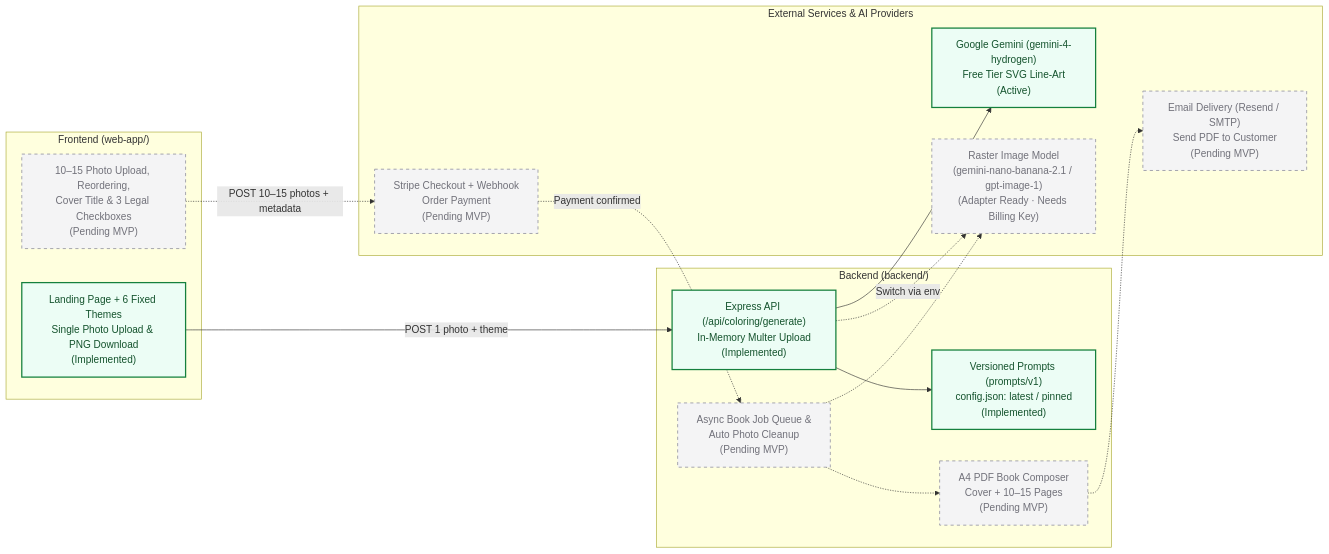
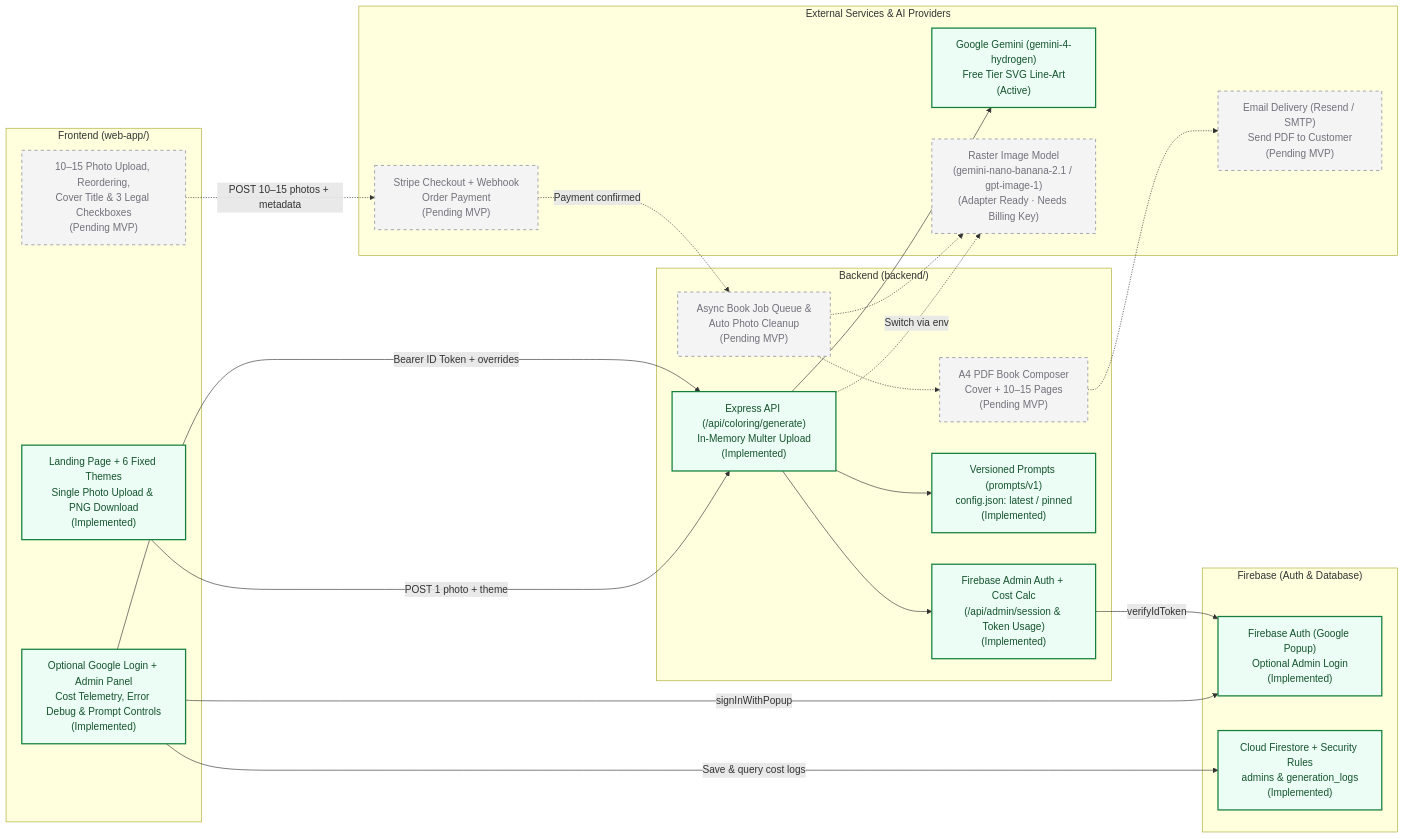
The diagram in README.md (MarcoFierimonte/ColoraStoriaAI), drawn with Mermaid before and after one commit. The commit also changed other lines of this file, not shown here.

Commit message:
feat: add admin dashboard and backend security
- Integrate Firebase Admin for authentication
- Add token cost calculation and monitoring
- Implement admin panel for telemetry and prompt control

````diff
--- a/README.md
+++ b/README.md
@@ -30,34 +33,48 @@
 ```mermaid
 flowchart LR
   subgraph Client["Frontend (web-app/)"]
     UI["Landing Page + 6 Fixed Themes<br/>Single Photo Upload & PNG Download<br/>(Implemented)"]:::done
+    AdminUI["Optional Google Login + Admin Panel<br/>Cost Telemetry, Error Debug & Prompt Controls<br/>(Implemented)"]:::done
     MultiUI["10–15 Photo Upload, Reordering,<br/>Cover Title & 3 Legal Checkboxes<br/>(Pending MVP)"]:::pending
+  end
+
+  subgraph Firebase["Firebase (Auth & Database)"]
+    FirebaseAuth["Firebase Auth (Google Popup)<br/>Optional Admin Login<br/>(Implemented)"]:::done
+    Firestore["Cloud Firestore + Security Rules<br/>admins & generation_logs<br/>(Implemented)"]:::done
   end
 
   subgraph Server["Backend (backend/)"]
     API["Express API (/api/coloring/generate)<br/>In-Memory Multer Upload<br/>(Implemented)"]:::done
+    AdminAuth["Firebase Admin Auth + Cost Calc<br/>(/api/admin/session & Token Usage)<br/>(Implemented)"]:::done
     Prompts["Versioned Prompts (prompts/v1)<br/>config.json: latest / pinned<br/>(Implemented)"]:::done
     JobQueue["Async Book Job Queue &<br/>Auto Photo Cleanup<br/>(Pending MVP)"]:::pending
     PDF["A4 PDF Book Composer<br/>Cover + 10–15 Pages<br/>(Pending MVP)"]:::pending
   end
 
   subgraph External["External Services & AI Providers"]
     GeminiFree["Google Gemini (gemini-4-hydrogen)<br/>Free Tier SVG Line-Art<br/>(Active)"]:::done
     RasterAI["Raster Image Model<br/>(gemini-nano-banana-2.1 / gpt-image-1)<br/>(Adapter Ready · Needs Billing Key)"]:::pending
     Stripe["Stripe Checkout + Webhook<br/>Order Payment<br/>(Pending MVP)"]:::pending
     Email["Email Delivery (Resend / SMTP)<br/>Send PDF to Customer<br/>(Pending MVP)"]:::pending
   end
 
   UI -->|"POST 1 photo + theme"| API
+  AdminUI -->|"signInWithPopup"| FirebaseAuth
+  AdminUI -->|"Bearer ID Token + overrides"| API
+  AdminUI -->|"Save & query cost logs"| Firestore
   MultiUI -.->|"POST 10–15 photos + metadata"| Stripe
+
+  API --> AdminAuth
+  AdminAuth -->|"verifyIdToken"| FirebaseAuth
   API --> Prompts
   API --> GeminiFree
   API -.->|"Switch via env"| RasterAI
+
   Stripe -.->|"Payment confirmed"| JobQueue
   JobQueue -.-> RasterAI
   JobQueue -.-> PDF
   PDF -.-> Email
 
   classDef done fill:#ecfdf5,stroke:#15803d,stroke-width:2px,color:#14532d
   classDef pending fill:#f4f4f5,stroke:#a1a1aa,stroke-width:1.5px,stroke-dasharray:5 5,color:#71717a
 ```
````
